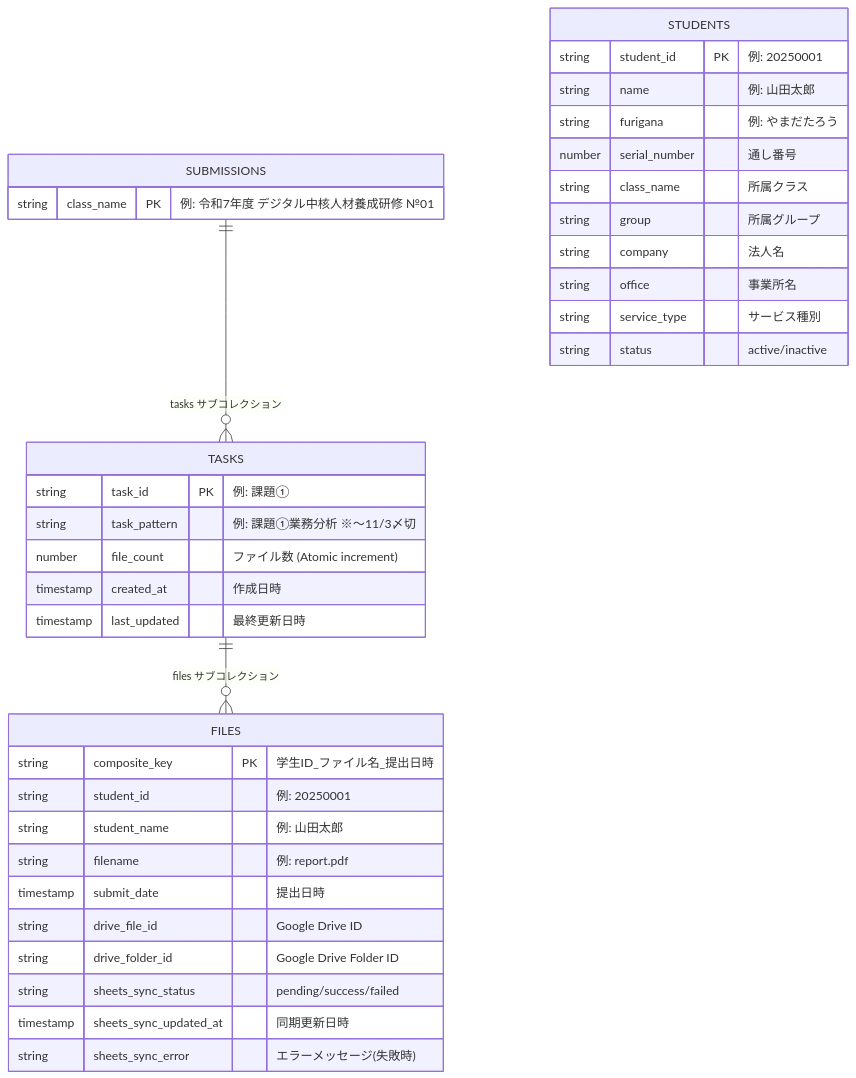
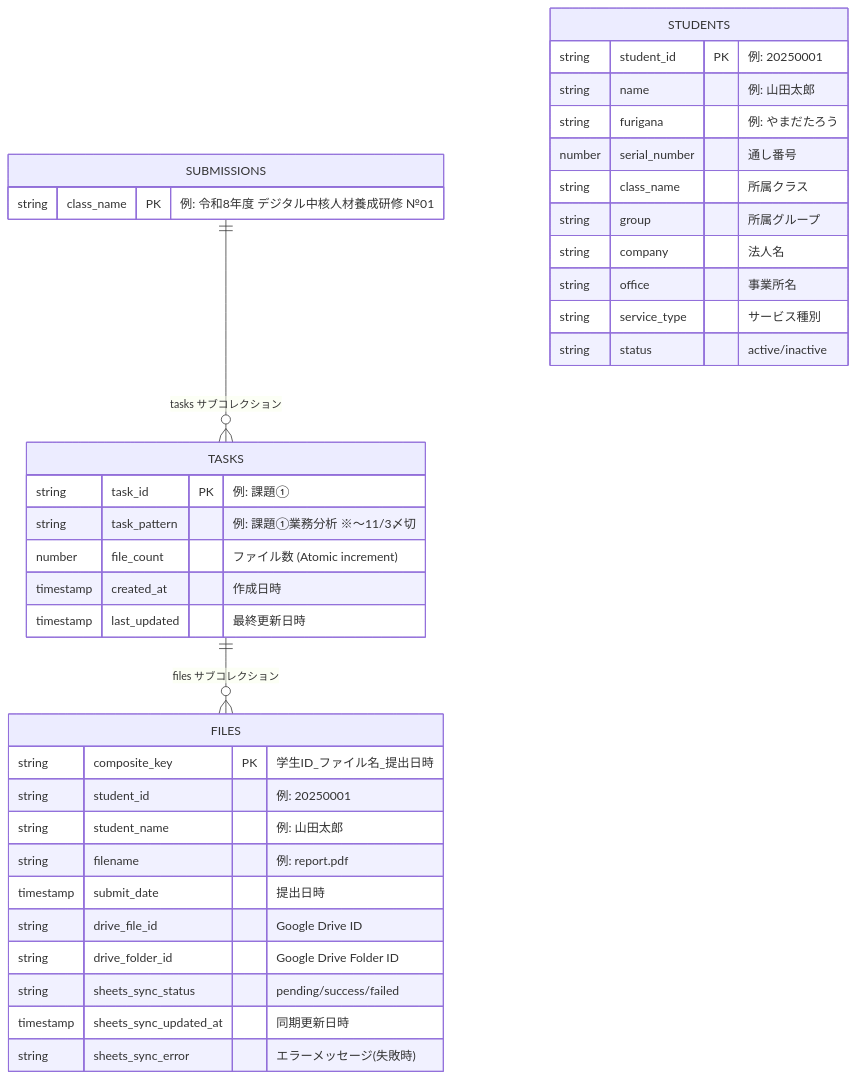
One commit to yasushi-honda/carewell-gcp-drive-automation changed the second of 2 diagrams in docs/QUICKSTART.md. Above: the diagram before and after it, drawn with Mermaid. The commit also changed other lines of this file and 38 other files, not shown here.

````diff
--- a/docs/QUICKSTART.md
+++ b/docs/QUICKSTART.md
@@ -155,43 +155,43 @@
 ```mermaid
 erDiagram
     SUBMISSIONS {
-        string class_name PK "例: 令和7年度 デジタル中核人材養成研修 №01"
+        string class_name PK "例: 令和8年度 デジタル中核人材養成研修 №01"
     }
 
     TASKS {
         string task_id PK "例: 課題①"
         string task_pattern "例: 課題①業務分析 ※～11/3〆切"
         number file_count "ファイル数 (Atomic increment)"
         timestamp created_at "作成日時"
         timestamp last_updated "最終更新日時"
     }
 
     FILES {
         string composite_key PK "学生ID_ファイル名_提出日時"
         string student_id "例: 20250001"
         string student_name "例: 山田太郎"
         string filename "例: report.pdf"
         timestamp submit_date "提出日時"
         string drive_file_id "Google Drive ID"
         string drive_folder_id "Google Drive Folder ID"
         string sheets_sync_status "pending/success/failed"
         timestamp sheets_sync_updated_at "同期更新日時"
         string sheets_sync_error "エラーメッセージ(失敗時)"
     }
 
     STUDENTS {
         string student_id PK "例: 20250001"
         string name "例: 山田太郎"
         string furigana "例: やまだたろう"
         number serial_number "通し番号"
         string class_name "所属クラス"
         string group "所属グループ"
         string company "法人名"
         string office "事業所名"
         string service_type "サービス種別"
         string status "active/inactive"
     }
 
     SUBMISSIONS ||--o{ TASKS : "tasks サブコレクション"
     TASKS ||--o{ FILES : "files サブコレクション"
 ```
````
